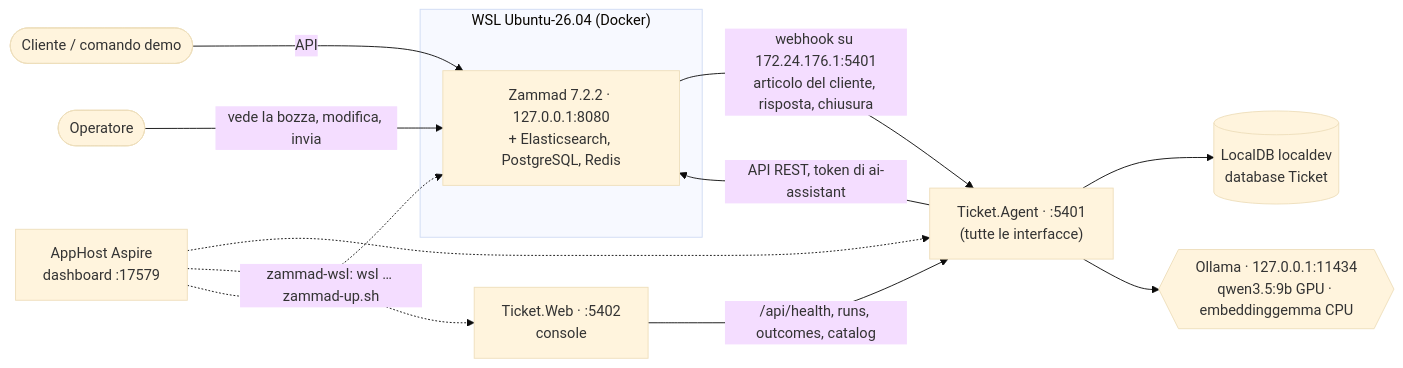
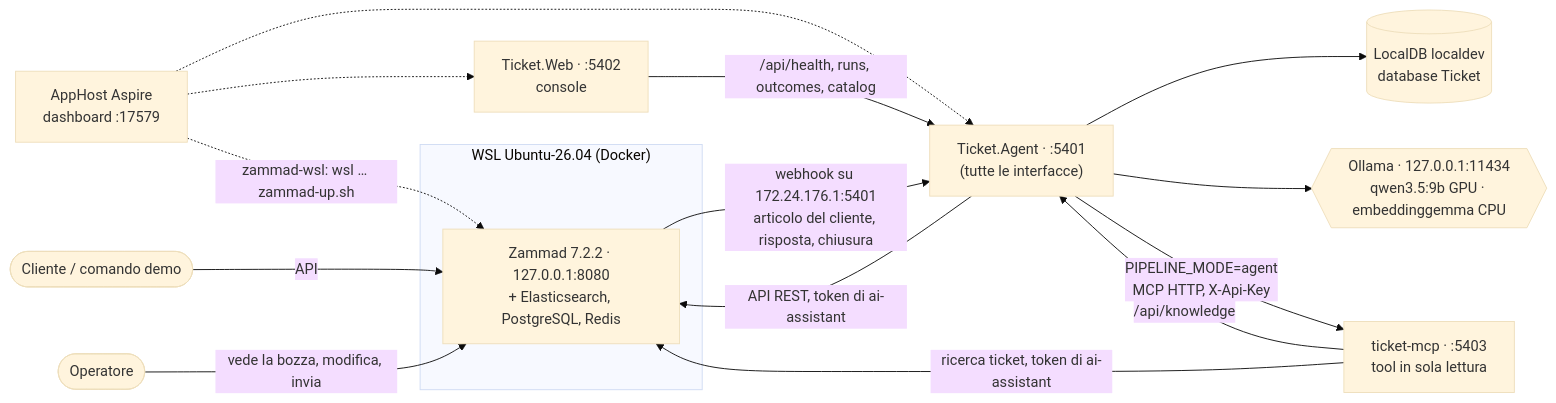
Before and after one commit to Dusi-burg/AI.POC-AssistenteTicket: the first of 4 diagrams in docs/architettura.md, drawn with Mermaid (base theme). The commit also changed other lines of this file and 79 other files, not shown here.

Commit message:
fase 9b: server MCP ticket-mcp e modalità agente con i tool

````diff
--- a/docs/architettura.md
+++ b/docs/architettura.md
@@ -15,16 +15,19 @@
 ```mermaid
 flowchart LR
     C([Cliente / comando demo]) -->|API| Z
     subgraph WSL["WSL Ubuntu-26.04 (Docker)"]
         Z["Zammad 7.2.2 · 127.0.0.1:8080<br/>+ Elasticsearch, PostgreSQL, Redis"]
     end
     OP([Operatore]) -->|vede la bozza, modifica, invia| Z
     Z -->|webhook su 172.24.176.1:5401<br/>articolo del cliente, risposta, chiusura| AG["Ticket.Agent · :5401<br/>(tutte le interfacce)"]
     AG -->|API REST, token di ai-assistant| Z
     AG --> DB[("LocalDB localdev<br/>database Ticket")]
     AG --> OL{{"Ollama · 127.0.0.1:11434<br/>qwen3.5:9b GPU · embeddinggemma CPU"}}
     W["Ticket.Web · :5402<br/>console"] -->|/api/health, runs, outcomes, catalog| AG
+    AG -->|PIPELINE_MODE=agent<br/>MCP HTTP, X-Api-Key| M["ticket-mcp · :5403<br/>tool in sola lettura"]
+    M -->|/api/knowledge| AG
+    M -->|ricerca ticket, token di ai-assistant| Z
     H["AppHost Aspire<br/>dashboard :17579"] -.-> AG
     H -.-> W
     H -.->|zammad-wsl: wsl … zammad-up.sh| Z
 ```
````
